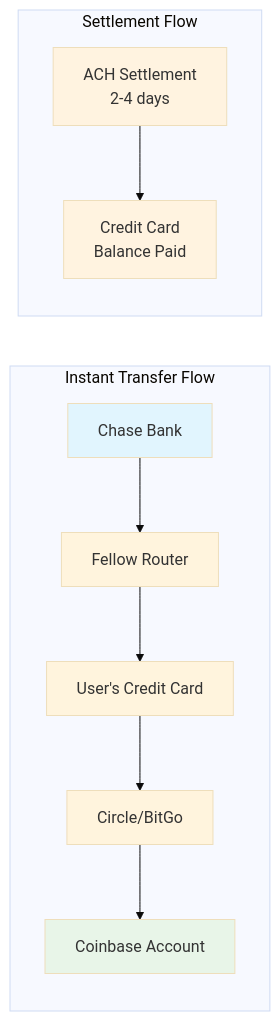
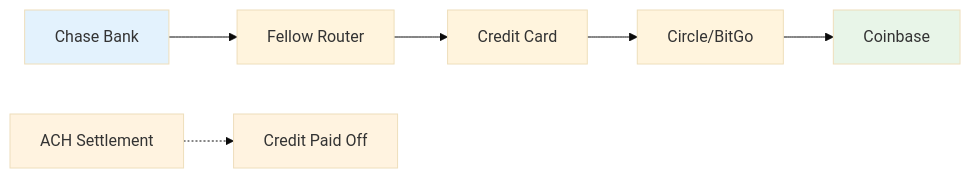
One commit to freeslugs/docs changed the diagram in using-fellow/transfer-router.mdx. Above: the diagram before and after it, drawn with Mermaid (base theme).

Commit message:
Update transfer router documentation to simplify the architecture diagram by consolidating the Instant Transfer Flow and Settlement Flow into a more streamlined flowchart, enhancing visual clarity and organization.

````diff
--- a/using-fellow/transfer-router.mdx
+++ b/using-fellow/transfer-router.mdx
@@ -38,18 +38,10 @@
 ```mermaid
-graph LR
-    subgraph "Instant Transfer Flow"
-        A[Chase Bank] --> B[Fellow Router]
-        B --> C[User's Credit Card]
-        C --> D[Circle/BitGo]
-        D --> E[Coinbase Account]
-    end
+flowchart LR
+    A[Chase Bank] --> B[Fellow Router] --> C[Credit Card] --> D[Circle/BitGo] --> E[Coinbase]
+    F[ACH Settlement] -.-> G[Credit Paid Off]
     
-    subgraph "Settlement Flow"
-        F[ACH Settlement<br/>2-4 days] --> G[Credit Card<br/>Balance Paid]
-    end
-    
-    style A fill:#e1f5fe
+    style A fill:#e3f2fd
     style E fill:#e8f5e8
     style F fill:#fff3e0
     style G fill:#fff3e0
 ```
````
